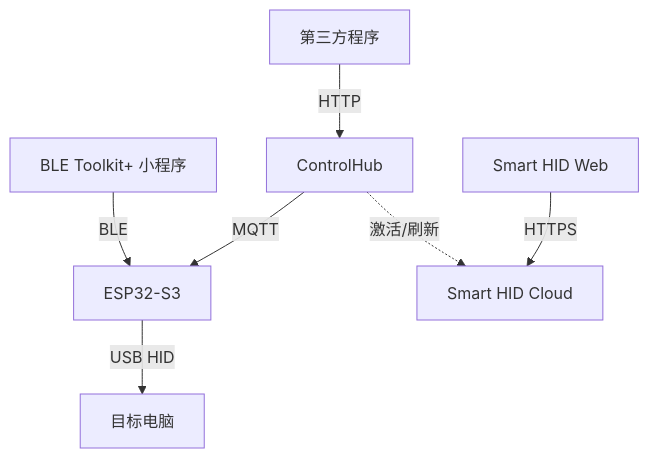
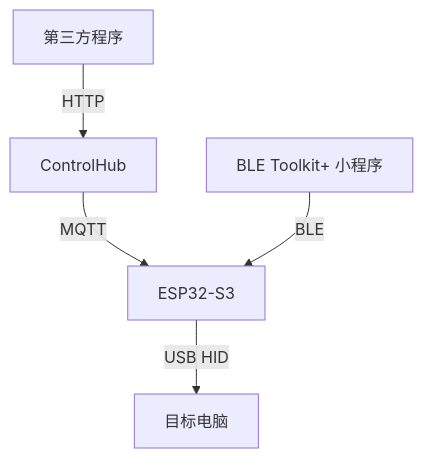
Before and after one commit to LuoYaoSheng/smart-hid-workspace: the diagram in smart-hid-web/docs/02_SYSTEM_ARCHITECTURE.md, drawn with Mermaid. The commit also changed other lines of this file and 82 other files, not shown here.

First line of the commit message:
OS-1b 移除 smart-hid-cloud 与商业前端，站点转纯静态作品集

````diff
--- a/smart-hid-web/docs/02_SYSTEM_ARCHITECTURE.md
+++ b/smart-hid-web/docs/02_SYSTEM_ARCHITECTURE.md
@@ -5,11 +5,8 @@
 ```mermaid
 flowchart TB
 THIRD[第三方程序] -->|HTTP| CH[ControlHub]
 CH -->|MQTT| ESP[ESP32-S3]
 ESP -->|USB HID| PC[目标电脑]
 
 MP[BLE Toolkit+ 小程序] -->|BLE| ESP
-
-WEB[Smart HID Web] -->|HTTPS| CLOUD[Smart HID Cloud]
-CH -. 激活/刷新 .-> CLOUD
 ```
````
